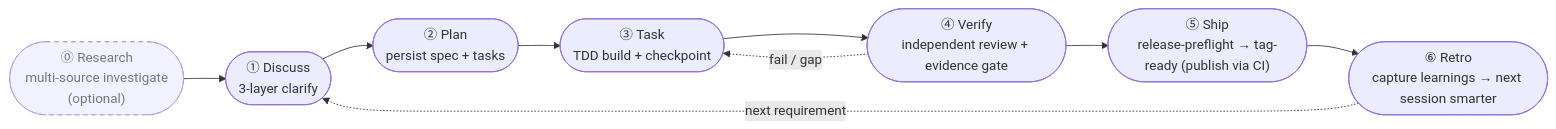
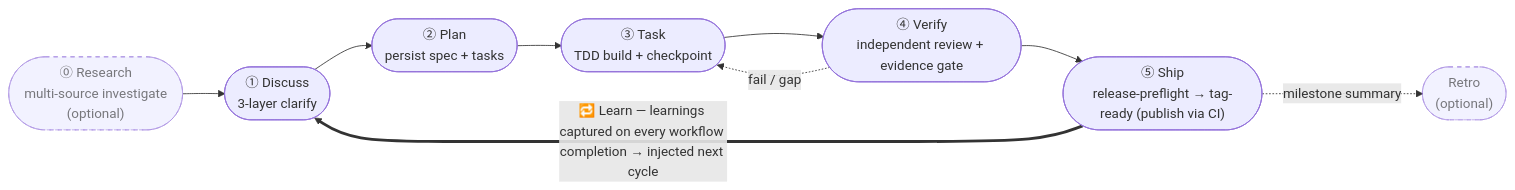
One commit to easyinplay/harnessed changed the first of 2 diagrams in README.md. Above: the diagram before and after it, drawn with Mermaid. The commit also changed other lines of this file, not shown here.

First line of the commit message:
@ docs(readme): Learn-loop always-on (not Retro-gated) + CLI commands table refresh

````diff
--- a/README.md
+++ b/README.md
@@ -26,12 +26,12 @@
 ```mermaid
 flowchart LR
   R(["⓪ Research<br/>multi-source investigate<br/>(optional)"]):::opt --> D
   D(["① Discuss<br/>3-layer clarify"]) --> P(["② Plan<br/>persist spec + tasks"])
   P --> T(["③ Task<br/>TDD build + checkpoint"])
   T --> V(["④ Verify<br/>independent review + evidence gate"])
   V --> S(["⑤ Ship<br/>release-preflight → tag-ready (publish via CI)"])
-  S --> L(["⑥ Retro<br/>capture learnings → next session smarter"])
+  S -. "milestone summary" .-> RT(["Retro<br/>(optional)"]):::opt
   V -. "fail / gap" .-> T
-  L -. "next requirement" .-> D
+  S == "🔁 Learn — learnings captured on every workflow completion → injected next cycle" ==> D
   classDef opt stroke-dasharray:5,opacity:0.8
 ```
````
